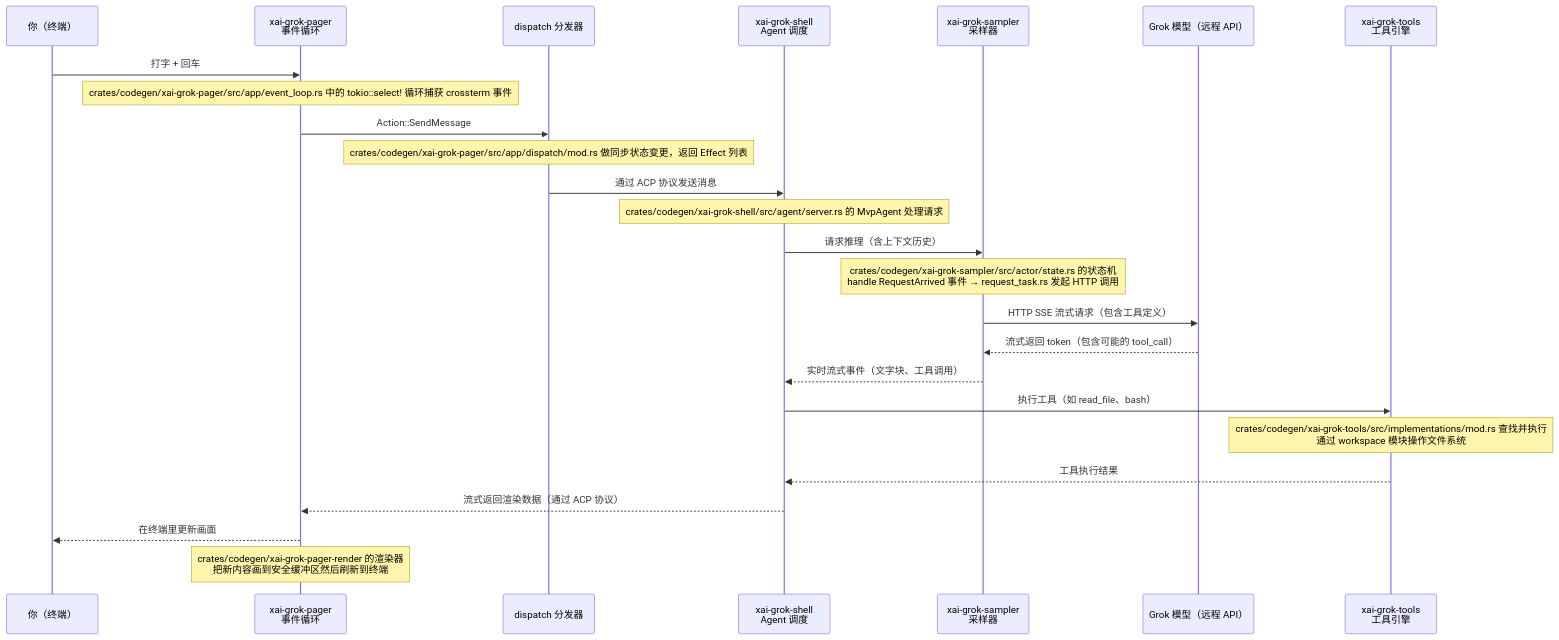
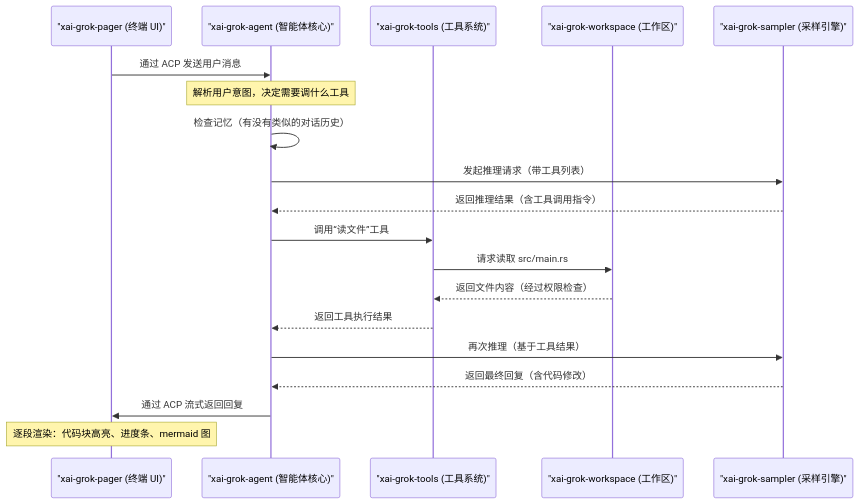
Before and after one commit to linearuncle/grok-build-wiki: the second of 2 diagrams in 02-architecture.md, drawn with Mermaid. The commit also changed other lines of this file and 24 other files, not shown here.

````diff
--- a/02-architecture.md
+++ b/02-architecture.md
@@ -63,28 +47,22 @@
 ```mermaid
 sequenceDiagram
-    participant YOU as 你（终端）
-    participant TUI as xai-grok-pager <br/>事件循环
-    participant DISP as dispatch 分发器
-    participant SHELL as xai-grok-shell <br/>Agent 调度
-    participant SAMPLER as xai-grok-sampler <br/>采样器
-    participant MODEL as Grok 模型（远程 API）
-    participant TOOLS as xai-grok-tools <br/>工具引擎
+    participant Pager as "xai-grok-pager (终端 UI)"
+    participant Agent as "xai-grok-agent (智能体核心)"
+    participant Tools as "xai-grok-tools (工具系统)"
+    participant Workspace as "xai-grok-workspace (工作区)"
+    participant Sampler as "xai-grok-sampler (采样引擎)"
 
-    YOU->>TUI: 打字 + 回车
-    Note over TUI: crates/codegen/xai-grok-pager/src/app/event_loop.rs 中的 tokio::select! 循环捕获 crossterm 事件
-    TUI->>DISP: Action::SendMessage
-    Note over DISP: crates/codegen/xai-grok-pager/src/app/dispatch/mod.rs 做同步状态变更，返回 Effect 列表
-    DISP->>SHELL: 通过 ACP 协议发送消息
-    Note over SHELL: crates/codegen/xai-grok-shell/src/agent/server.rs 的 MvpAgent 处理请求
-    SHELL->>SAMPLER: 请求推理（含上下文历史）
-    Note over SAMPLER: crates/codegen/xai-grok-sampler/src/actor/state.rs 的状态机<br/>handle RequestArrived 事件 → request_task.rs 发起 HTTP 调用
-    SAMPLER->>MODEL: HTTP SSE 流式请求（包含工具定义）
-    MODEL-->>SAMPLER: 流式返回 token（包含可能的 tool_call）
-    SAMPLER-->>SHELL: 实时流式事件（文字块、工具调用）
-    SHELL->>TOOLS: 执行工具（如 read_file、bash）
-    Note over TOOLS: crates/codegen/xai-grok-tools/src/implementations/mod.rs 查找并执行<br/>通过 workspace 模块操作文件系统
-    TOOLS-->>SHELL: 工具执行结果
-    SHELL-->>TUI: 流式返回渲染数据（通过 ACP 协议）
-    TUI-->>YOU: 在终端里更新画面
-    Note over TUI: crates/codegen/xai-grok-pager-render 的渲染器<br/>把新内容画到安全缓冲区然后刷新到终端
+    Pager->>Agent: 通过 ACP 发送用户消息
+    Note over Agent: 解析用户意图，决定需要调什么工具
+    Agent->>Agent: 检查记忆（有没有类似的对话历史）
+    Agent->>Sampler: 发起推理请求（带工具列表）
+    Sampler-->>Agent: 返回推理结果（含工具调用指令）
+    Agent->>Tools: 调用“读文件”工具
+    Tools->>Workspace: 请求读取 src/main.rs
+    Workspace-->>Tools: 返回文件内容（经过权限检查）
+    Tools-->>Agent: 返回工具执行结果
+    Agent->>Sampler: 再次推理（基于工具结果）
+    Sampler-->>Agent: 返回最终回复（含代码修改）
+    Agent->>Pager: 通过 ACP 流式返回回复
+    Note over Pager: 逐段渲染：代码块高亮、进度条、mermaid 图
 ```
````
